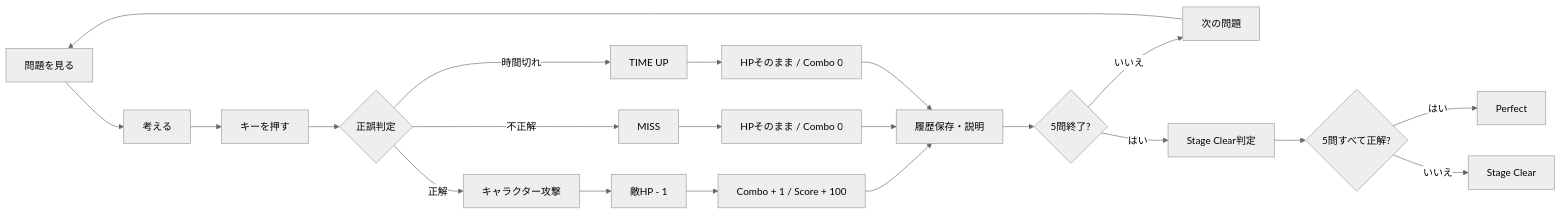
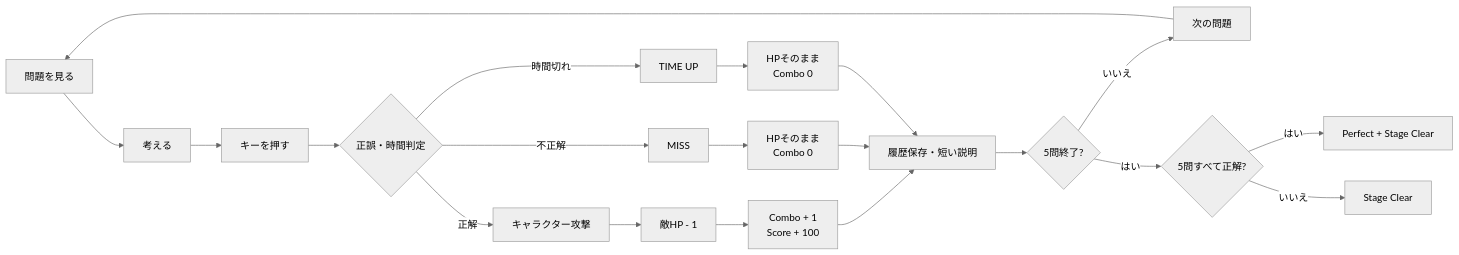
The second of 27 diagrams in README.md (suu-dev-0203/graduation_JAVAgame), drawn with Mermaid (neutral theme) before and after one commit. The commit also changed other lines of this file, not shown here.

````diff
--- a/README.md
+++ b/README.md
@@ -105,23 +97,27 @@
 ```mermaid
 flowchart LR
     A[問題を見る] --> B[考える]
     B --> C[キーを押す]
-    C --> D{正誤判定}
+    C --> D{正誤・時間判定}
+
     D -->|正解| E[キャラクター攻撃]
     E --> F[敵HP - 1]
-    F --> G[Combo + 1 / Score + 100]
+    F --> G[Combo + 1<br/>Score + 100]
+
     D -->|不正解| H[MISS]
-    H --> I[HPそのまま / Combo 0]
+    H --> I[HPそのまま<br/>Combo 0]
+
     D -->|時間切れ| J[TIME UP]
-    J --> K[HPそのまま / Combo 0]
-    G --> L[履歴保存・説明]
+    J --> K[HPそのまま<br/>Combo 0]
+
+    G --> L[履歴保存・短い説明]
     I --> L
     K --> L
+
     L --> M{5問終了?}
     M -->|いいえ| N[次の問題]
     N --> A
-    M -->|はい| O[Stage Clear判定]
-    O --> P{5問すべて正解?}
-    P -->|はい| Q[Perfect]
-    P -->|いいえ| R[Stage Clear]
+    M -->|はい| O{5問すべて正解?}
+    O -->|はい| P[Perfect + Stage Clear]
+    O -->|いいえ| Q[Stage Clear]
 ```
````
